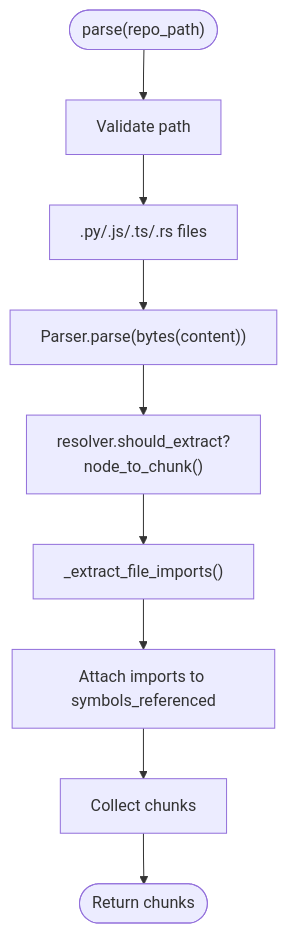
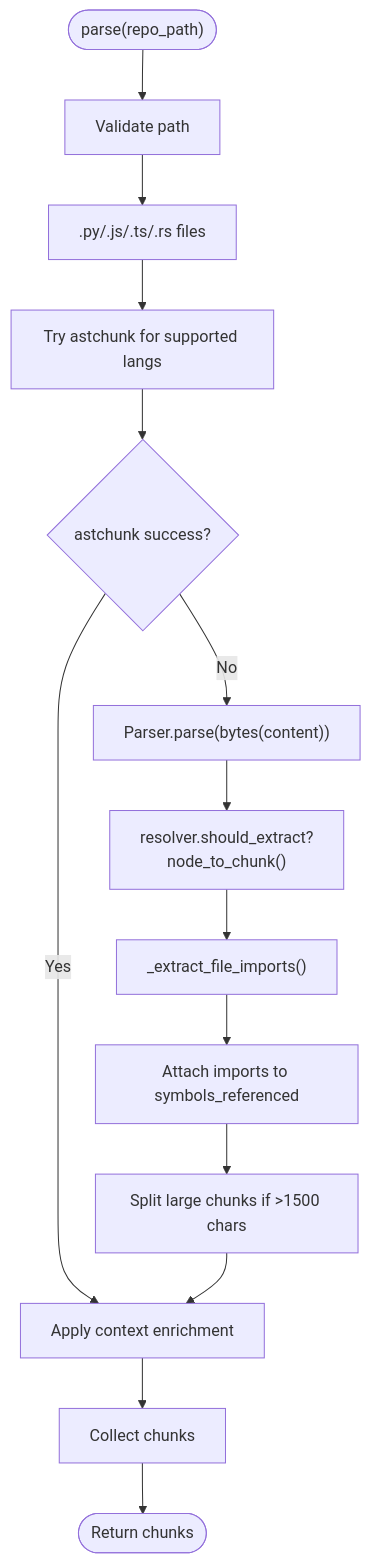
The fourth of 10 diagrams in .qoder/repowiki/en/content/Core Modules/Chunker System/Chunker System.md (maemreyo/zmr-ctx-paker), drawn with Mermaid before and after one commit. The commit also changed other lines of this file and 94 other files, not shown here.

````diff
--- a/.qoder/repowiki/en/content/Core Modules/Chunker System/Chunker System.md
+++ b/.qoder/repowiki/en/content/Core Modules/Chunker System/Chunker System.md
@@ -189,11 +213,16 @@
 ```mermaid
 flowchart TD
 Start(["parse(repo_path)"]) --> Validate["Validate path"]
 Validate --> Walk[".py/.js/.ts/.rs files"]
-Walk --> Parse["Parser.parse(bytes(content))"]
+Walk --> TryAstchunk["Try astchunk for supported langs"]
+TryAstchunk --> AstchunkSuccess{"astchunk success?"}
+AstchunkSuccess --> |Yes| Enrich["Apply context enrichment"]
+AstchunkSuccess --> |No| Parse["Parser.parse(bytes(content))"]
 Parse --> ExtractDefs["resolver.should_extract?<br/>node_to_chunk()"]
 ExtractDefs --> Imports["_extract_file_imports()"]
 Imports --> Attach["Attach imports to symbols_referenced"]
-Attach --> Collect["Collect chunks"]
+Attach --> Split["Split large chunks if >1500 chars"]
+Split --> Enrich
+Enrich --> Collect["Collect chunks"]
 Collect --> End(["Return chunks"])
 ```
````
